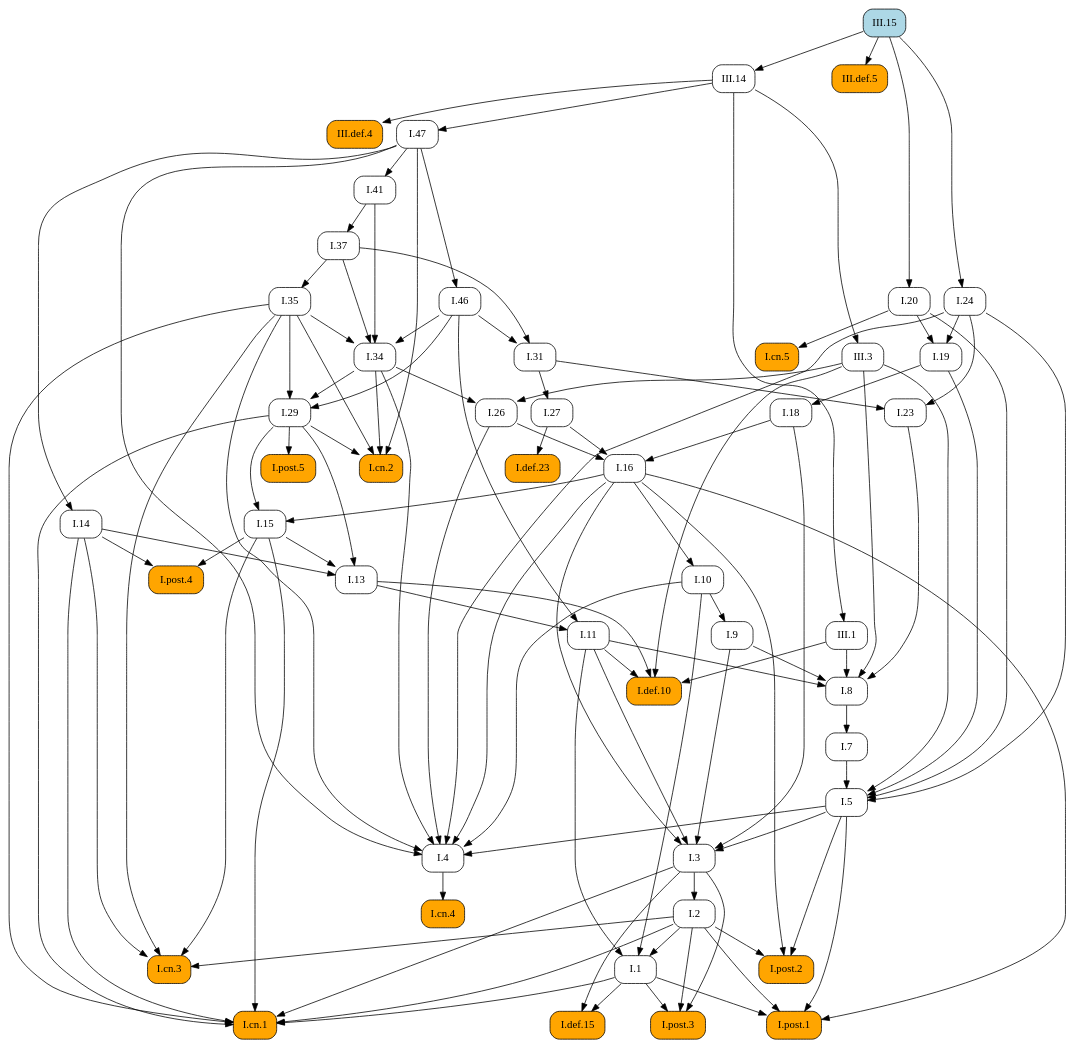
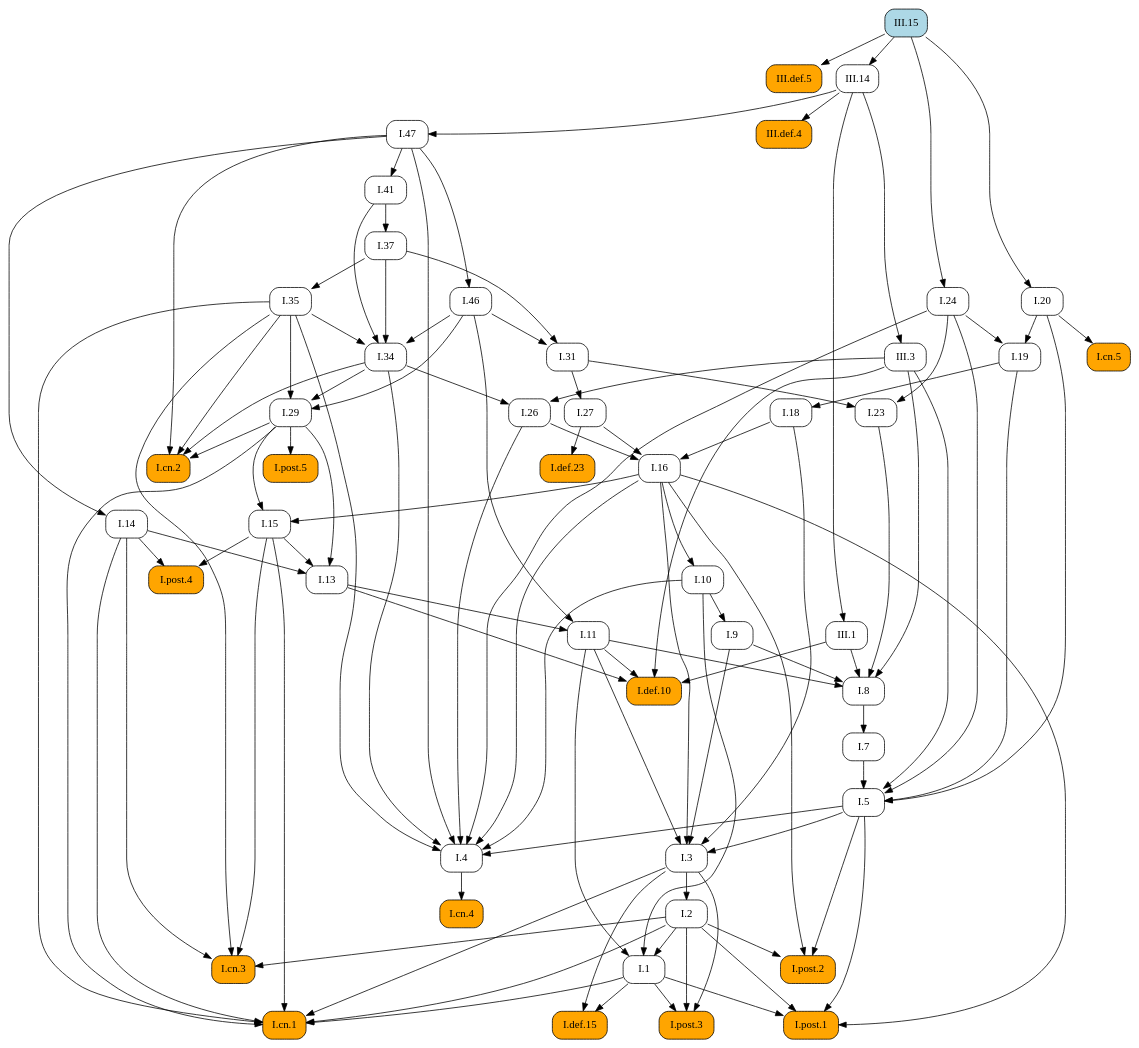
One commit to geometor/elements changed the diagram in docsrc/heath/III/15/index.rst. Above: the diagram before and after it, drawn with Graphviz. The commit also changed other lines of this file and 1029 other files, not shown here.

```diff
--- a/docsrc/heath/III/15/index.rst
+++ b/docsrc/heath/III/15/index.rst
@@ -69,113 +69,120 @@
    digraph {
      rankdir="TB";
      node [shape=box, style=rounded];
+     "I.def.10" [style="rounded,filled", fillcolor=orange, URL="/heath/I/def.10/", target="_top"];
+     "I.cn.5" [style="rounded,filled", fillcolor=orange, URL="/heath/I/cn.5/", target="_top"];
+     "I.post.4" [style="rounded,filled", fillcolor=orange, URL="/heath/I/post.4/", target="_top"];
+     "I.11" [URL="/heath/I/11/", target="_top"];
+     "I.1" [URL="/heath/I/1/", target="_top"];
+     "III.15" [style="rounded,filled", fillcolor=lightblue, URL="/heath/III/15/", target="_top"];
+     "I.26" [URL="/heath/I/26/", target="_top"];
+     "I.29" [URL="/heath/I/29/", target="_top"];
+     "I.cn.2" [style="rounded,filled", fillcolor=orange, URL="/heath/I/cn.2/", target="_top"];
+     "I.18" [URL="/heath/I/18/", target="_top"];
+     "I.47" [URL="/heath/I/47/", target="_top"];
+     "I.def.15" [style="rounded,filled", fillcolor=orange, URL="/heath/I/def.15/", target="_top"];
+     "I.post.3" [style="rounded,filled", fillcolor=orange, URL="/heath/I/post.3/", target="_top"];
+     "III.def.5" [style="rounded,filled", fillcolor=orange, URL="/heath/III/def.5/", target="_top"];
+     "I.cn.1" [style="rounded,filled", fillcolor=orange, URL="/heath/I/cn.1/", target="_top"];
+     "I.cn.3" [style="rounded,filled", fillcolor=orange, URL="/heath/I/cn.3/", target="_top"];
+     "I.14" [URL="/heath/I/14/", target="_top"];
+     "III.14" [URL="/heath/III/14/", target="_top"];
+     "I.23" [URL="/heath/I/23/", target="_top"];
+     "I.post.1" [style="rounded,filled", fillcolor=orange, URL="/heath/I/post.1/", target="_top"];
+     "I.35" [URL="/heath/I/35/", target="_top"];
+     "I.41" [URL="/heath/I/41/", target="_top"];
+     "I.27" [URL="/heath/I/27/", target="_top"];
+     "I.46" [URL="/heath/I/46/", target="_top"];
+     "I.7" [URL="/heath/I/7/", target="_top"];
+     "I.34" [URL="/heath/I/34/", target="_top"];
+     "I.20" [URL="/heath/I/20/", target="_top"];
+     "I.24" [URL="/heath/I/24/", target="_top"];
+     "I.3" [URL="/heath/I/3/", target="_top"];
+     "I.37" [URL="/heath/I/37/", target="_top"];
+     "I.2" [URL="/heath/I/2/", target="_top"];
+     "I.4" [URL="/heath/I/4/", target="_top"];
+     "I.def.23" [style="rounded,filled", fillcolor=orange, URL="/heath/I/def.23/", target="_top"];
+     "I.13" [URL="/heath/I/13/", target="_top"];
+     "I.post.2" [style="rounded,filled", fillcolor=orange, URL="/heath/I/post.2/", target="_top"];
+     "I.31" [URL="/heath/I/31/", target="_top"];
+     "I.16" [URL="/heath/I/16/", target="_top"];
+     "I.19" [URL="/heath/I/19/", target="_top"];
+     "III.3" [URL="/heath/III/3/", target="_top"];
+     "I.9" [URL="/heath/I/9/", target="_top"];
+     "III.1" [URL="/heath/III/1/", target="_top"];
+     "I.8" [URL="/heath/I/8/", target="_top"];
+     "I.cn.4" [style="rounded,filled", fillcolor=orange, URL="/heath/I/cn.4/", target="_top"];
      "III.def.4" [style="rounded,filled", fillcolor=orange, URL="/heath/III/def.4/", target="_top"];
-     "I.cn.3" [style="rounded,filled", fillcolor=orange, URL="/heath/I/cn.3/", target="_top"];
-     "I.7" [URL="/heath/I/7/", target="_top"];
-     "I.29" [URL="/heath/I/29/", target="_top"];
-     "I.27" [URL="/heath/I/27/", target="_top"];
-     "I.37" [URL="/heath/I/37/", target="_top"];
-     "I.def.23" [style="rounded,filled", fillcolor=orange, URL="/heath/I/def.23/", target="_top"];
-     "I.34" [URL="/heath/I/34/", target="_top"];
-     "I.8" [URL="/heath/I/8/", target="_top"];
-     "I.9" [URL="/heath/I/9/", target="_top"];
-     "III.3" [URL="/heath/III/3/", target="_top"];
-     "III.1" [URL="/heath/III/1/", target="_top"];
-     "I.post.4" [style="rounded,filled", fillcolor=orange, URL="/heath/I/post.4/", target="_top"];
-     "I.2" [URL="/heath/I/2/", target="_top"];
-     "I.def.15" [style="rounded,filled", fillcolor=orange, URL="/heath/I/def.15/", target="_top"];
-     "I.1" [URL="/heath/I/1/", target="_top"];
-     "I.post.1" [style="rounded,filled", fillcolor=orange, URL="/heath/I/post.1/", target="_top"];
-     "I.20" [URL="/heath/I/20/", target="_top"];
-     "I.cn.4" [style="rounded,filled", fillcolor=orange, URL="/heath/I/cn.4/", target="_top"];
-     "I.26" [URL="/heath/I/26/", target="_top"];
-     "I.19" [URL="/heath/I/19/", target="_top"];
-     "III.15" [style="rounded,filled", fillcolor=lightblue, URL="/heath/III/15/", target="_top"];
-     "I.23" [URL="/heath/I/23/", target="_top"];
-     "I.13" [URL="/heath/I/13/", target="_top"];
-     "I.cn.2" [style="rounded,filled", fillcolor=orange, URL="/heath/I/cn.2/", target="_top"];
+     "I.15" [URL="/heath/I/15/", target="_top"];
+     "I.post.5" [style="rounded,filled", fillcolor=orange, URL="/heath/I/post.5/", target="_top"];
+     "I.10" [URL="/heath/I/10/", target="_top"];
      "I.5" [URL="/heath/I/5/", target="_top"];
-     "I.11" [URL="/heath/I/11/", target="_top"];
-     "I.10" [URL="/heath/I/10/", target="_top"];
-     "I.4" [URL="/heath/I/4/", target="_top"];
-     "I.3" [URL="/heath/I/3/", target="_top"];
-     "III.def.5" [style="rounded,filled", fillcolor=orange, URL="/heath/III/def.5/", target="_top"];
-     "I.16" [URL="/heath/I/16/", target="_top"];
-     "I.31" [URL="/heath/I/31/", target="_top"];
-     "I.def.10" [style="rounded,filled", fillcolor=orange, URL="/heath/I/def.10/", target="_top"];
-     "I.46" [URL="/heath/I/46/", target="_top"];
-     "I.post.2" [style="rounded,filled", fillcolor=orange, URL="/heath/I/post.2/", target="_top"];
-     "I.post.3" [style="rounded,filled", fillcolor=orange, URL="/heath/I/post.3/", target="_top"];
-     "III.14" [URL="/heath/III/14/", target="_top"];
-     "I.post.5" [style="rounded,filled", fillcolor=orange, URL="/heath/I/post.5/", target="_top"];
-     "I.cn.5" [style="rounded,filled", fillcolor=orange, URL="/heath/I/cn.5/", target="_top"];
-     "I.24" [URL="/heath/I/24/", target="_top"];
-     "I.14" [URL="/heath/I/14/", target="_top"];
-     "I.35" [URL="/heath/I/35/", target="_top"];
-     "I.47" [URL="/heath/I/47/", target="_top"];
-     "I.15" [URL="/heath/I/15/", target="_top"];
-     "I.cn.1" [style="rounded,filled", fillcolor=orange, URL="/heath/I/cn.1/", target="_top"];
-     "I.18" [URL="/heath/I/18/", target="_top"];
-     "I.41" [URL="/heath/I/41/", target="_top"];
-     "III.14" -> "III.def.4";
+     "I.11" -> "I.def.10";
+     "I.13" -> "I.def.10";
+     "III.1" -> "I.def.10";
+     "III.3" -> "I.def.10";
+     "I.20" -> "I.cn.5";
+     "I.14" -> "I.post.4";
+     "I.15" -> "I.post.4";
+     "I.13" -> "I.11";
+     "I.46" -> "I.11";
+     "I.2" -> "I.1";
+     "I.10" -> "I.1";
+     "I.11" -> "I.1";
+     "I.34" -> "I.26";
+     "III.3" -> "I.26";
+     "I.34" -> "I.29";
+     "I.35" -> "I.29";
+     "I.46" -> "I.29";
+     "I.29" -> "I.cn.2";
+     "I.34" -> "I.cn.2";
+     "I.35" -> "I.cn.2";
+     "I.47" -> "I.cn.2";
+     "I.19" -> "I.18";
+     "III.14" -> "I.47";
+     "I.1" -> "I.def.15";
+     "I.3" -> "I.def.15";
+     "I.1" -> "I.post.3";
+     "I.2" -> "I.post.3";
+     "I.3" -> "I.post.3";
+     "III.15" -> "III.def.5";
+     "I.1" -> "I.cn.1";
+     "I.2" -> "I.cn.1";
+     "I.3" -> "I.cn.1";
+     "I.14" -> "I.cn.1";
+     "I.15" -> "I.cn.1";
+     "I.29" -> "I.cn.1";
+     "I.35" -> "I.cn.1";
      "I.2" -> "I.cn.3";
      "I.14" -> "I.cn.3";
      "I.15" -> "I.cn.3";
      "I.35" -> "I.cn.3";
+     "I.47" -> "I.14";
+     "III.15" -> "III.14";
+     "I.24" -> "I.23";
+     "I.31" -> "I.23";
+     "I.1" -> "I.post.1";
+     "I.2" -> "I.post.1";
+     "I.5" -> "I.post.1";
+     "I.16" -> "I.post.1";
+     "I.37" -> "I.35";
+     "I.47" -> "I.41";
+     "I.31" -> "I.27";
+     "I.47" -> "I.46";
      "I.8" -> "I.7";
-     "I.34" -> "I.29";
-     "I.35" -> "I.29";
-     "I.46" -> "I.29";
-     "I.31" -> "I.27";
-     "I.41" -> "I.37";
-     "I.27" -> "I.def.23";
      "I.35" -> "I.34";
      "I.37" -> "I.34";
      "I.41" -> "I.34";
      "I.46" -> "I.34";
-     "I.9" -> "I.8";
-     "I.11" -> "I.8";
-     "I.23" -> "I.8";
-     "III.1" -> "I.8";
-     "III.3" -> "I.8";
-     "I.10" -> "I.9";
-     "III.14" -> "III.3";
-     "III.14" -> "III.1";
-     "I.14" -> "I.post.4";
-     "I.15" -> "I.post.4";
+     "III.15" -> "I.20";
+     "III.15" -> "I.24";
+     "I.5" -> "I.3";
+     "I.9" -> "I.3";
+     "I.11" -> "I.3";
+     "I.16" -> "I.3";
+     "I.18" -> "I.3";
+     "I.41" -> "I.37";
      "I.3" -> "I.2";
-     "I.1" -> "I.def.15";
-     "I.3" -> "I.def.15";
-     "I.2" -> "I.1";
-     "I.10" -> "I.1";
-     "I.11" -> "I.1";
-     "I.1" -> "I.post.1";
-     "I.2" -> "I.post.1";
-     "I.5" -> "I.post.1";
-     "I.16" -> "I.post.1";
-     "III.15" -> "I.20";
-     "I.4" -> "I.cn.4";
-     "I.34" -> "I.26";
-     "III.3" -> "I.26";
-     "I.20" -> "I.19";
-     "I.24" -> "I.19";
-     "I.24" -> "I.23";
-     "I.31" -> "I.23";
-     "I.14" -> "I.13";
-     "I.15" -> "I.13";
-     "I.29" -> "I.13";
-     "I.29" -> "I.cn.2";
-     "I.34" -> "I.cn.2";
-     "I.35" -> "I.cn.2";
-     "I.47" -> "I.cn.2";
-     "I.7" -> "I.5";
-     "I.19" -> "I.5";
-     "I.20" -> "I.5";
-     "I.24" -> "I.5";
-     "III.3" -> "I.5";
-     "I.13" -> "I.11";
-     "I.46" -> "I.11";
-     "I.16" -> "I.10";
      "I.5" -> "I.4";
      "I.10" -> "I.4";
      "I.16" -> "I.4";
@@ -184,44 +191,37 @@
      "I.34" -> "I.4";
      "I.35" -> "I.4";
      "I.47" -> "I.4";
-     "I.5" -> "I.3";
-     "I.9" -> "I.3";
-     "I.11" -> "I.3";
-     "I.16" -> "I.3";
-     "I.18" -> "I.3";
-     "III.15" -> "III.def.5";
+     "I.27" -> "I.def.23";
+     "I.14" -> "I.13";
+     "I.15" -> "I.13";
+     "I.29" -> "I.13";
+     "I.2" -> "I.post.2";
+     "I.5" -> "I.post.2";
+     "I.16" -> "I.post.2";
+     "I.37" -> "I.31";
+     "I.46" -> "I.31";
      "I.18" -> "I.16";
      "I.26" -> "I.16";
      "I.27" -> "I.16";
-     "I.37" -> "I.31";
-     "I.46" -> "I.31";
-     "I.11" -> "I.def.10";
-     "I.13" -> "I.def.10";
-     "III.1" -> "I.def.10";
-     "III.3" -> "I.def.10";
-     "I.47" -> "I.46";
-     "I.2" -> "I.post.2";
-     "I.5" -> "I.post.2";
-     "I.16" -> "I.post.2";
-     "I.1" -> "I.post.3";
-     "I.2" -> "I.post.3";
-     "I.3" -> "I.post.3";
-     "III.15" -> "III.14";
-     "I.29" -> "I.post.5";
-     "I.20" -> "I.cn.5";
-     "III.15" -> "I.24";
-     "I.47" -> "I.14";
-     "I.37" -> "I.35";
-     "III.14" -> "I.47";
+     "I.20" -> "I.19";
+     "I.24" -> "I.19";
+     "III.14" -> "III.3";
+     "I.10" -> "I.9";
+     "III.14" -> "III.1";
+     "I.9" -> "I.8";
+     "I.11" -> "I.8";
+     "I.23" -> "I.8";
+     "III.1" -> "I.8";
+     "III.3" -> "I.8";
+     "I.4" -> "I.cn.4";
+     "III.14" -> "III.def.4";
      "I.16" -> "I.15";
      "I.29" -> "I.15";
-     "I.1" -> "I.cn.1";
-     "I.2" -> "I.cn.1";
-     "I.3" -> "I.cn.1";
-     "I.14" -> "I.cn.1";
-     "I.15" -> "I.cn.1";
-     "I.29" -> "I.cn.1";
-     "I.35" -> "I.cn.1";
-     "I.19" -> "I.18";
-     "I.47" -> "I.41";
+     "I.29" -> "I.post.5";
+     "I.16" -> "I.10";
+     "I.7" -> "I.5";
+     "I.19" -> "I.5";
+     "I.20" -> "I.5";
+     "I.24" -> "I.5";
+     "III.3" -> "I.5";
    }
```
